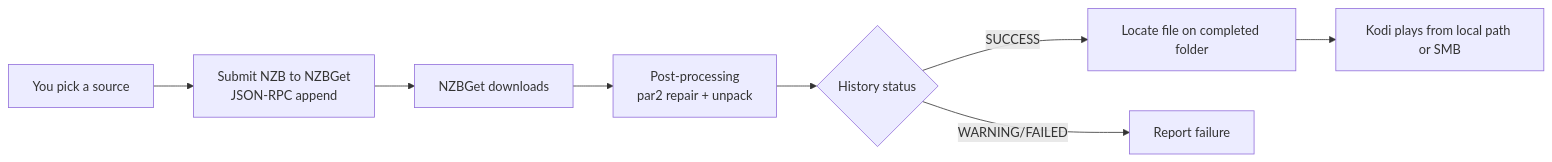
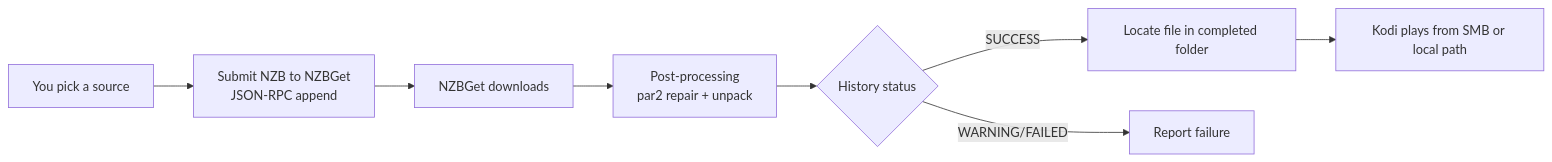
Before and after one commit to Appz4Fun/nzbdavkodi: the diagram in docs-site/features/nzbget-backend.md, drawn with Mermaid. The commit also changed other lines of this file and 38 other files, not shown here.

````diff
--- a/docs-site/features/nzbget-backend.md
+++ b/docs-site/features/nzbget-backend.md
@@ -42,10 +186,10 @@
 ```mermaid
 flowchart LR
     A[You pick a source] --> B[Submit NZB to NZBGet<br/>JSON-RPC append]
     B --> C[NZBGet downloads]
     C --> D[Post-processing<br/>par2 repair + unpack]
     D --> E{History status}
-    E -->|SUCCESS| F[Locate file on completed folder]
+    E -->|SUCCESS| F[Locate file in completed folder]
     E -->|WARNING/FAILED| G[Report failure]
-    F --> H[Kodi plays from local path or SMB]
+    F --> H[Kodi plays from SMB or local path]
 ```
````
